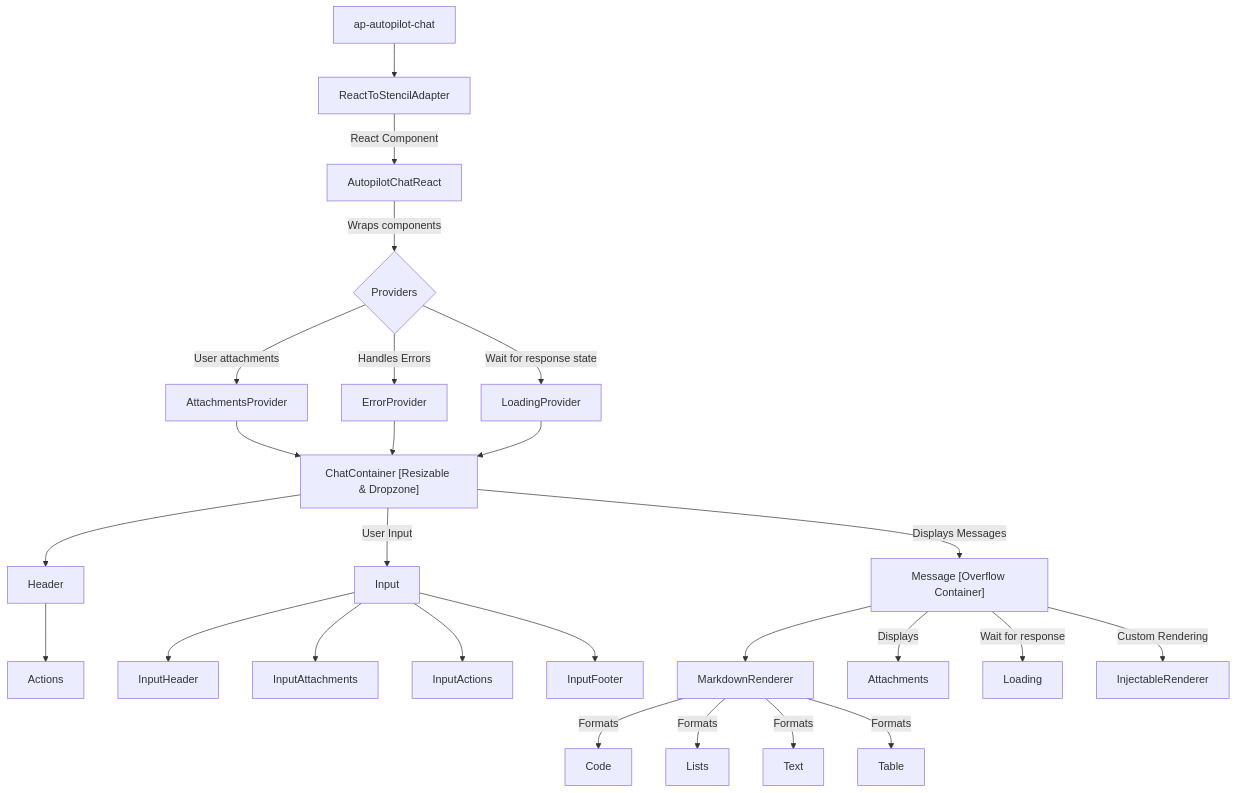
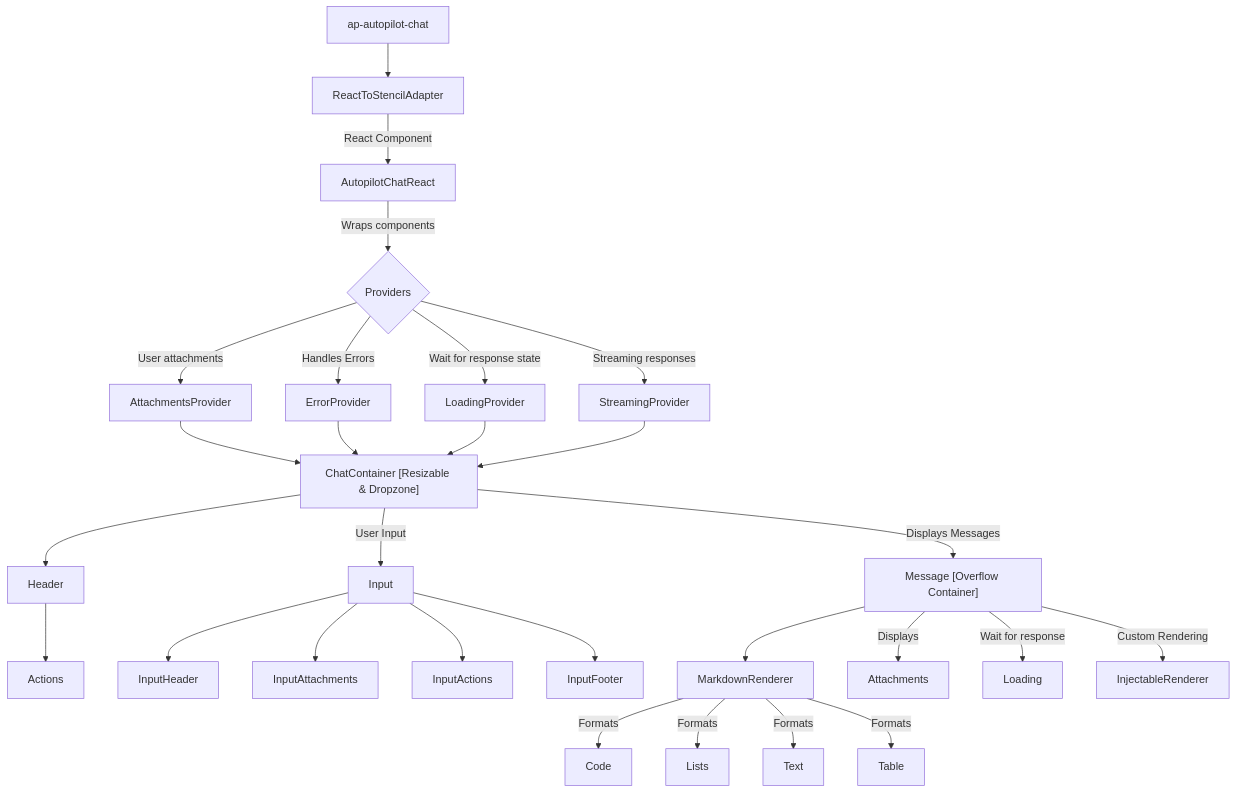
One commit to UiPath/apollo-ui changed the diagram in packages/apollo-react/src/material/components/ap-chat/DOCS.md. Above: the diagram before and after it, drawn with Mermaid. The commit also changed other lines of this file and 2 other files, not shown here.

````diff
--- a/packages/apollo-react/src/material/components/ap-chat/DOCS.md
+++ b/packages/apollo-react/src/material/components/ap-chat/DOCS.md
@@ -56,42 +531,44 @@
 ```mermaid
 graph TD
     %% Main Components
     A[ap-autopilot-chat] --> B[ReactToStencilAdapter]
     B -->|React Component| C[AutopilotChatReact]
 
     %% Main Container Structure
     C -->|Wraps components| D{Providers}
     
     %% Providers
     D -->|User attachments| E[AttachmentsProvider]
     D -->|Handles Errors| F[ErrorProvider]
     D -->|Wait for response state| G[LoadingProvider]
+    D -->|Streaming responses| H[StreamingProvider]
 
     %% Chat Container
-    E --> H["ChatContainer [Resizable & Dropzone]"]
-    F --> H
-    G --> H
+    E --> I["ChatContainer [Resizable & Dropzone]"]
+    F --> I
+    G --> I
+    H --> I
 
     %% Header
-    H -->I[Header]
-    I --> J[Actions]
+    I -->J[Header]
+    J --> K[Actions]
 
     %% Input Section
-    H -->|User Input| K[Input]
-    K --> L[InputHeader]
-    K --> M[InputAttachments]
-    K --> N[InputActions]
-    K --> O[InputFooter]
+    I -->|User Input| L[Input]
+    L --> M[InputHeader]
+    L --> N[InputAttachments]
+    L --> O[InputActions]
+    L --> P[InputFooter]
 
     %% Message Section
-    H -->|Displays Messages| P["Message [Overflow Container]"]
-    P --> Q[MarkdownRenderer]
-    Q -->|Formats| R[Code]
-    Q -->|Formats| S[Lists]
-    Q -->|Formats| T[Text]
-    Q -->|Formats| U[Table]
+    I -->|Displays Messages| Q["Message [Overflow Container]"]
+    Q --> R[MarkdownRenderer]
+    R -->|Formats| S[Code]
+    R -->|Formats| T[Lists]
+    R -->|Formats| U[Text]
+    R -->|Formats| V[Table]
     
-    P -->|Displays| V[Attachments]
-    P -->|Wait for response| W[Loading]
-    P -->|Custom Rendering| X[InjectableRenderer]
+    Q -->|Displays| W[Attachments]
+    Q -->|Wait for response| X[Loading]
+    Q -->|Custom Rendering| Y[InjectableRenderer]
 ```
````
